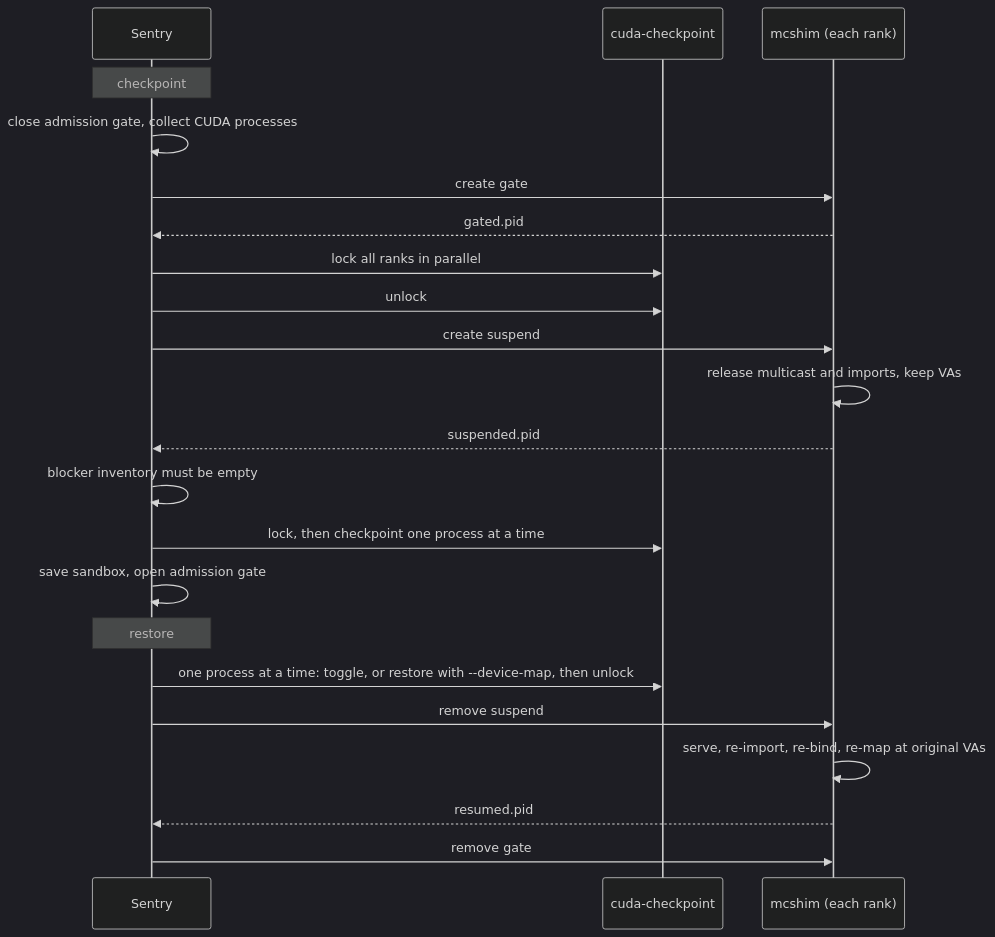
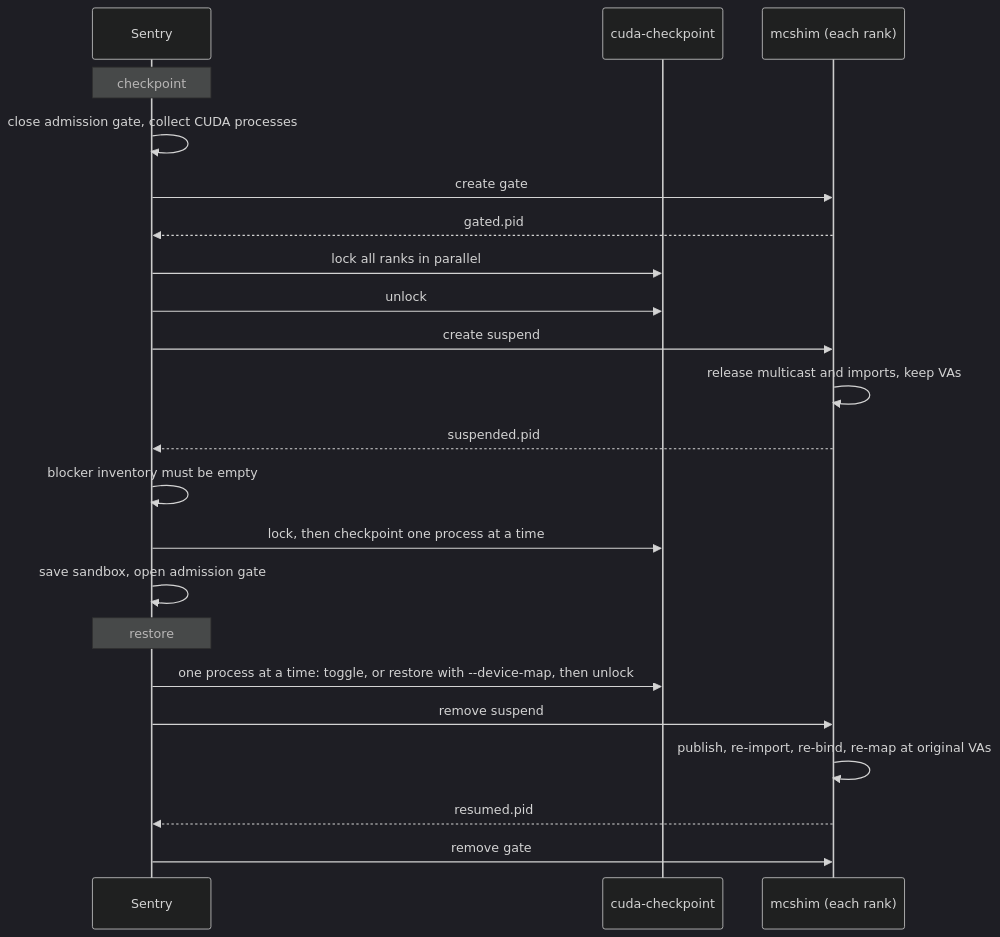
The second of 2 diagrams in g3doc/proposals/cuda_multigpu_checkpoint.md (luiscape/gvisor), drawn with Mermaid (dark theme) before and after one commit. The commit also changed other lines of this file and 2 other files, not shown here.

````diff
--- a/g3doc/proposals/cuda_multigpu_checkpoint.md
+++ b/g3doc/proposals/cuda_multigpu_checkpoint.md
@@ -186,24 +189,24 @@
 ```mermaid
 sequenceDiagram
     participant S as Sentry
     participant C as cuda-checkpoint
     participant M as mcshim (each rank)
     Note over S: checkpoint
     S->>S: close admission gate, collect CUDA processes
     S->>M: create gate
     M-->>S: gated.pid
     S->>C: lock all ranks in parallel
     S->>C: unlock
     S->>M: create suspend
     M->>M: release multicast and imports, keep VAs
     M-->>S: suspended.pid
     S->>S: blocker inventory must be empty
     S->>C: lock, then checkpoint one process at a time
     S->>S: save sandbox, open admission gate
     Note over S: restore
     S->>C: one process at a time: toggle, or restore with --device-map, then unlock
     S->>M: remove suspend
-    M->>M: serve, re-import, re-bind, re-map at original VAs
+    M->>M: publish, re-import, re-bind, re-map at original VAs
     M-->>S: resumed.pid
     S->>M: remove gate
 ```
````
